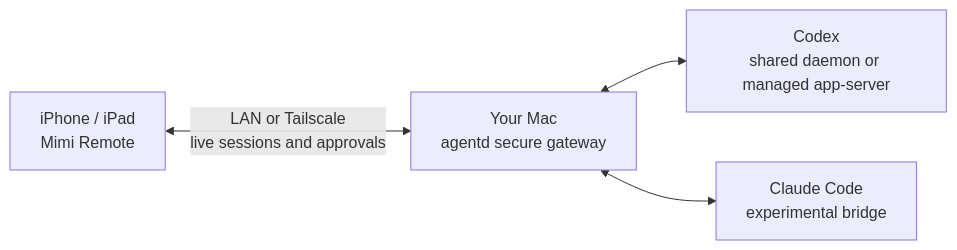
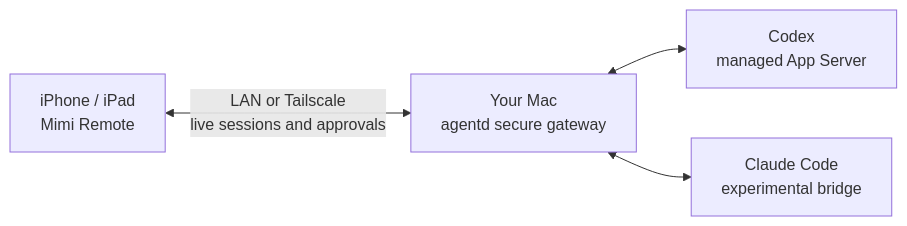
The diagram in README.md (gaixianggeng/mimi-remote), drawn with Mermaid before and after one commit. The commit also changed other lines of this file and 140 other files, not shown here.

````diff
--- a/README.md
+++ b/README.md
@@ -142,11 +142,11 @@
 ```mermaid
 flowchart LR
     Mobile["iPhone / iPad<br/>Mimi Remote"]
     Gateway["Your Mac<br/>agentd secure gateway"]
-    Codex["Codex<br/>shared daemon or managed app-server"]
+    Codex["Codex<br/>managed App Server"]
     Claude["Claude Code<br/>experimental bridge"]
 
     Mobile <-->|"LAN or Tailscale<br/>live sessions and approvals"| Gateway
     Gateway <--> Codex
     Gateway <--> Claude
 ```
````
